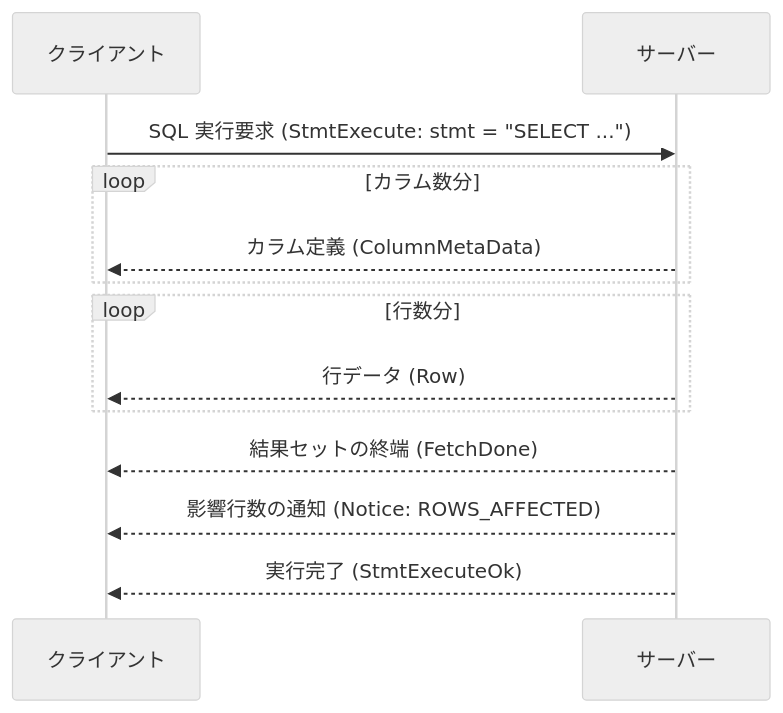
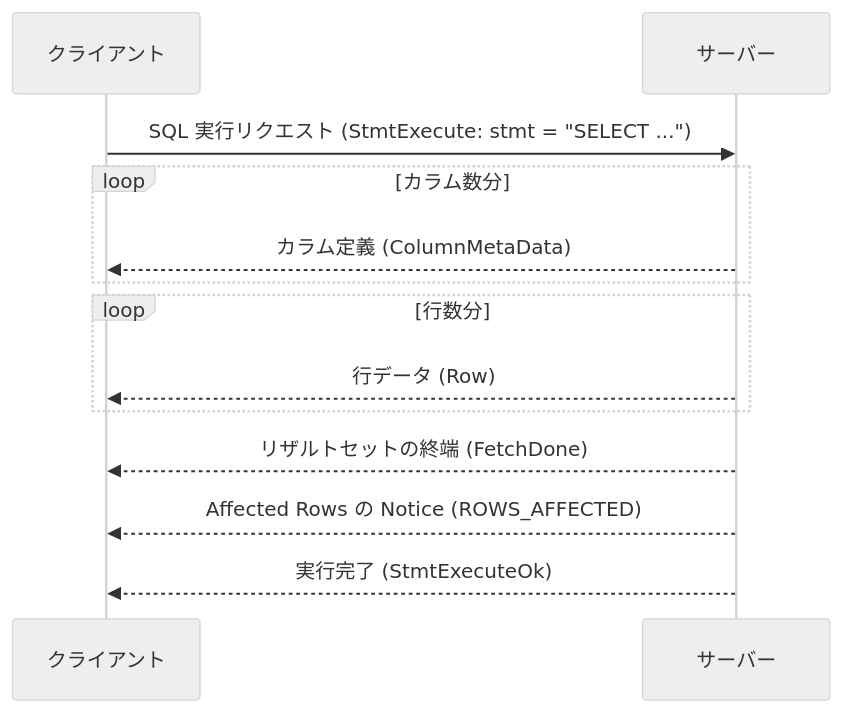
The second of 2 diagrams in docs/specification/protocol/communication_flow.md (ren-yamanashi/minesql), drawn with Mermaid (neutral theme) before and after one commit. The commit also changed other lines of this file and 10 other files, not shown here.

````diff
--- a/docs/specification/protocol/communication_flow.md
+++ b/docs/specification/protocol/communication_flow.md
@@ -103,15 +103,15 @@
 ```mermaid
 sequenceDiagram
     participant C as クライアント
     participant S as サーバー
-    C->>S: SQL 実行要求 (StmtExecute: stmt = "SELECT ...")
+    C->>S: SQL 実行リクエスト (StmtExecute: stmt = "SELECT ...")
     loop カラム数分
         S-->>C: カラム定義 (ColumnMetaData)
     end
     loop 行数分
         S-->>C: 行データ (Row)
     end
-    S-->>C: 結果セットの終端 (FetchDone)
-    S-->>C: 影響行数の通知 (Notice: ROWS_AFFECTED)
+    S-->>C: リザルトセットの終端 (FetchDone)
+    S-->>C: Affected Rows の Notice (ROWS_AFFECTED)
     S-->>C: 実行完了 (StmtExecuteOk)
 ```
````
